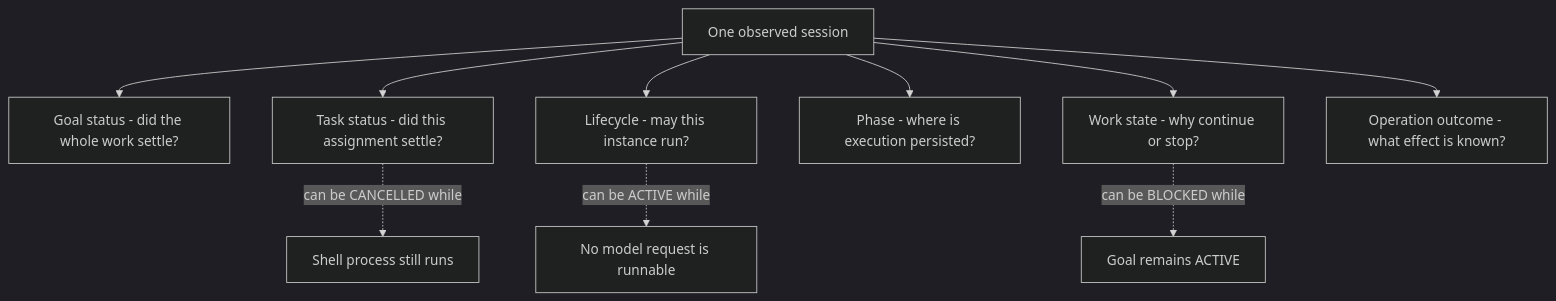
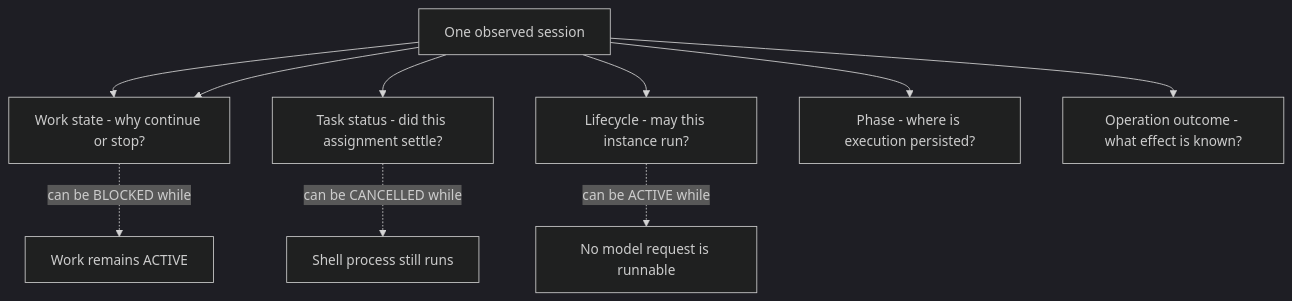
The seventh of 35 diagrams in docs/ARCHITECTURE.md (seek-hope/TeamAgents), drawn with Mermaid (dark theme) before and after one commit. The commit also changed other lines of this file and 177 other files, not shown here.

Commit message:
Remove goal entity and migrate to work scopes

````diff
--- a/docs/ARCHITECTURE.md
+++ b/docs/ARCHITECTURE.md
@@ -396,14 +396,14 @@
 ```mermaid
 flowchart TB
     accTitle: Independent state dimensions
-    accDescr: A goal, task, instance lifecycle, execution phase, durable work record and operation answer different questions and must not collapse into a single running or done flag.
-    snapshot["One observed session"] --> goal["Goal status - did the whole work settle?"]
+    accDescr: A work, task, instance lifecycle, execution phase, durable work record and operation answer different questions and must not collapse into a single running or done flag.
+    snapshot["One observed session"] --> work["Work status - did the whole work settle?"]
     snapshot --> task["Task status - did this assignment settle?"]
     snapshot --> life["Lifecycle - may this instance run?"]
     snapshot --> phase["Phase - where is execution persisted?"]
     snapshot --> work["Work state - why continue or stop?"]
     snapshot --> operation["Operation outcome - what effect is known?"]
     task -.->|"can be CANCELLED while"| live["Shell process still runs"]
     life -.->|"can be ACTIVE while"| idle["No model request is runnable"]
-    work -.->|"can be BLOCKED while"| active["Goal remains ACTIVE"]
+    work -.->|"can be BLOCKED while"| active["Work remains ACTIVE"]
 ```
````
